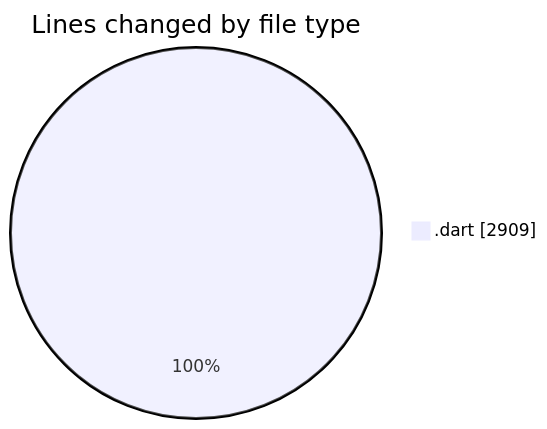
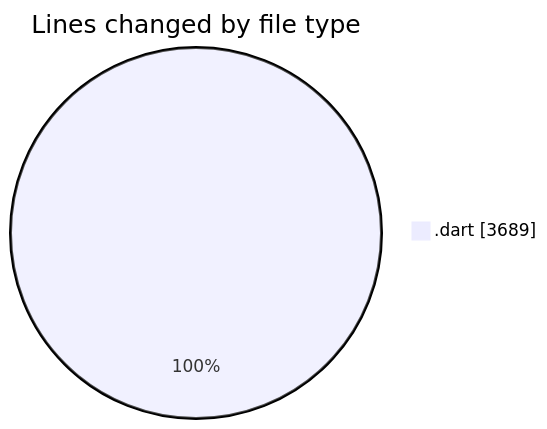
One commit to lephambinh05/code-tracking changed the first of 2 diagrams in 2025-08-28/studybuddy/README.md. Above: the diagram before and after it, drawn with Mermaid. The commit also changed other lines of this file and 1 other file, not shown here.

````diff
--- a/2025-08-28/studybuddy/README.md
+++ b/2025-08-28/studybuddy/README.md
@@ -24,5 +25,5 @@
 ```mermaid
 pie showData
 title Lines changed by file type
-".dart" : 2909
+".dart" : 3689
 ```
````
